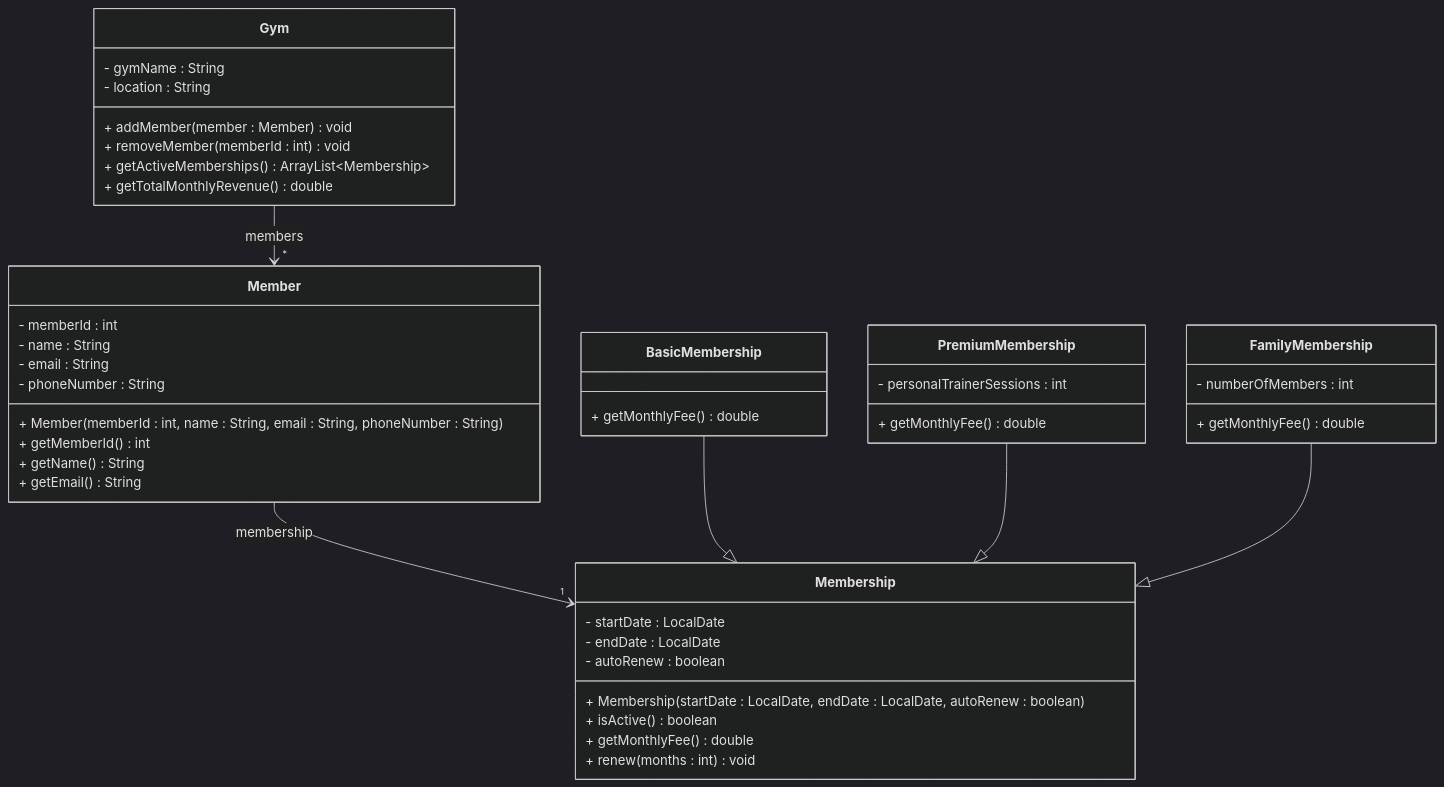
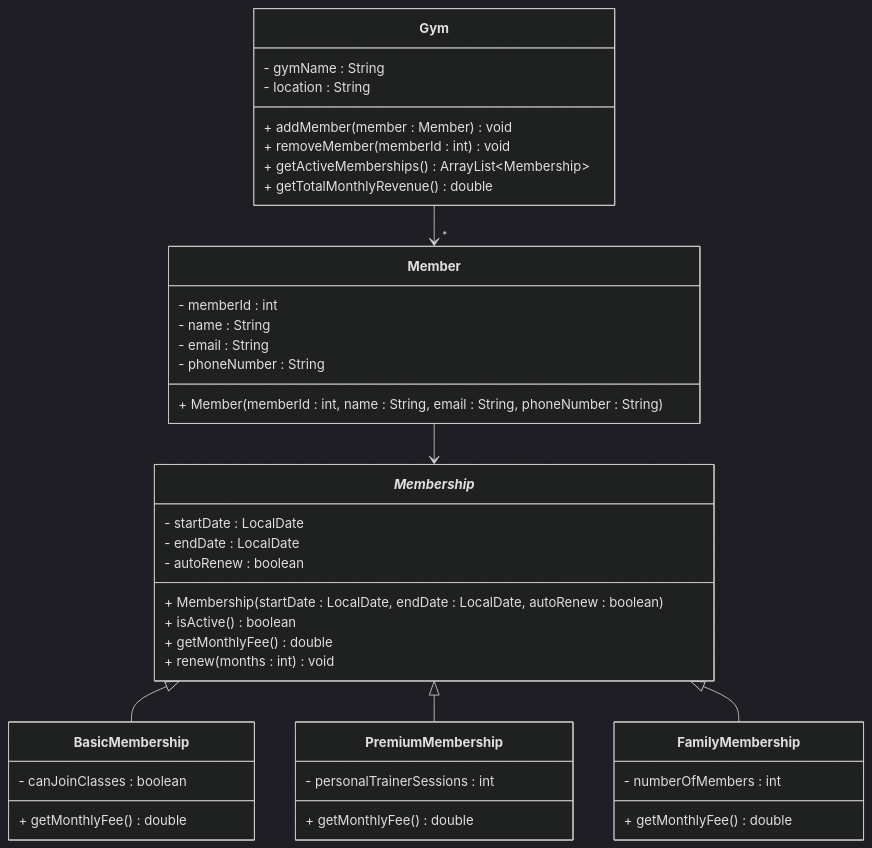
One commit to TroelsMortensen/Codelabs2 changed the diagram in Articles/Session 24 - Exam/012 Exercise 11 - Gym Membership.md. Above: the diagram before and after it, drawn with Mermaid (dark theme). The commit also changed other lines of this file and 8 other files, not shown here.

````diff
--- a/Articles/Session 24 - Exam/012 Exercise 11 - Gym Membership.md
+++ b/Articles/Session 24 - Exam/012 Exercise 11 - Gym Membership.md
@@ -5,52 +5,50 @@
 ```mermaid
 classDiagram
     class Gym {
         - gymName : String
         - location : String
         + addMember(member : Member) void
         + removeMember(memberId : int) void
         + getActiveMemberships() ArrayList~Membership~
         + getTotalMonthlyRevenue() double
     }
     
     class Member {
         - memberId : int
         - name : String
         - email : String
         - phoneNumber : String
         + Member(memberId : int, name : String, email : String, phoneNumber : String)
-        + getMemberId() int
-        + getName() String
-        + getEmail() String
     }
     
-    class Membership {
+    class _Membership_ {
         - startDate : LocalDate
         - endDate : LocalDate
         - autoRenew : boolean
         + Membership(startDate : LocalDate, endDate : LocalDate, autoRenew : boolean)
         + isActive() boolean
         + getMonthlyFee() double
         + renew(months : int) void
     }
     
     class BasicMembership {
+        - canJoinClasses : boolean
         + getMonthlyFee() double
     }
     
     class PremiumMembership {
         - personalTrainerSessions : int
         + getMonthlyFee() double
     }
     
     class FamilyMembership {
         - numberOfMembers : int
         + getMonthlyFee() double
     }
     
-    Gym --> "*" Member : members
-    Member --> "1" Membership : membership
-    BasicMembership --|> Membership
-    PremiumMembership --|> Membership
-    FamilyMembership --|> Membership
+    Gym --> "*" Member 
+    Member --> _Membership_ 
+    _Membership_ <|-- BasicMembership
+    _Membership_ <|-- PremiumMembership
+    _Membership_ <|-- FamilyMembership
 ```
````
